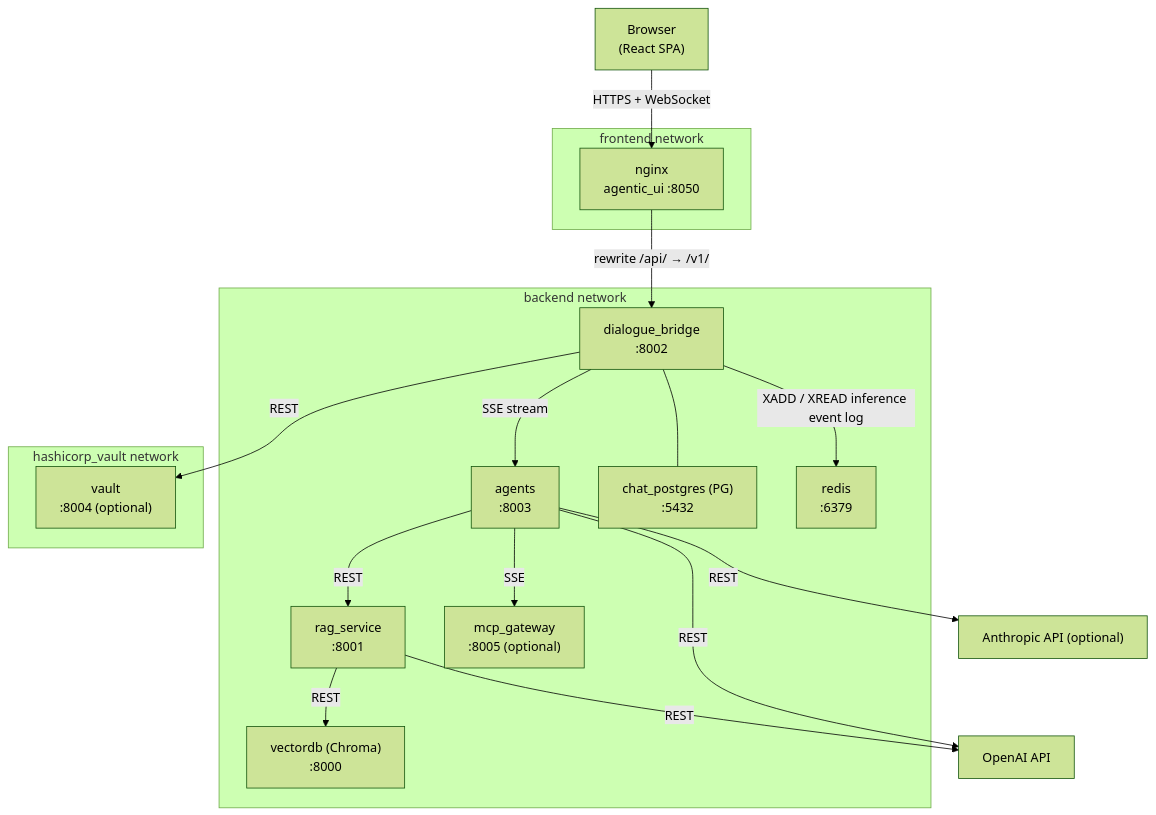
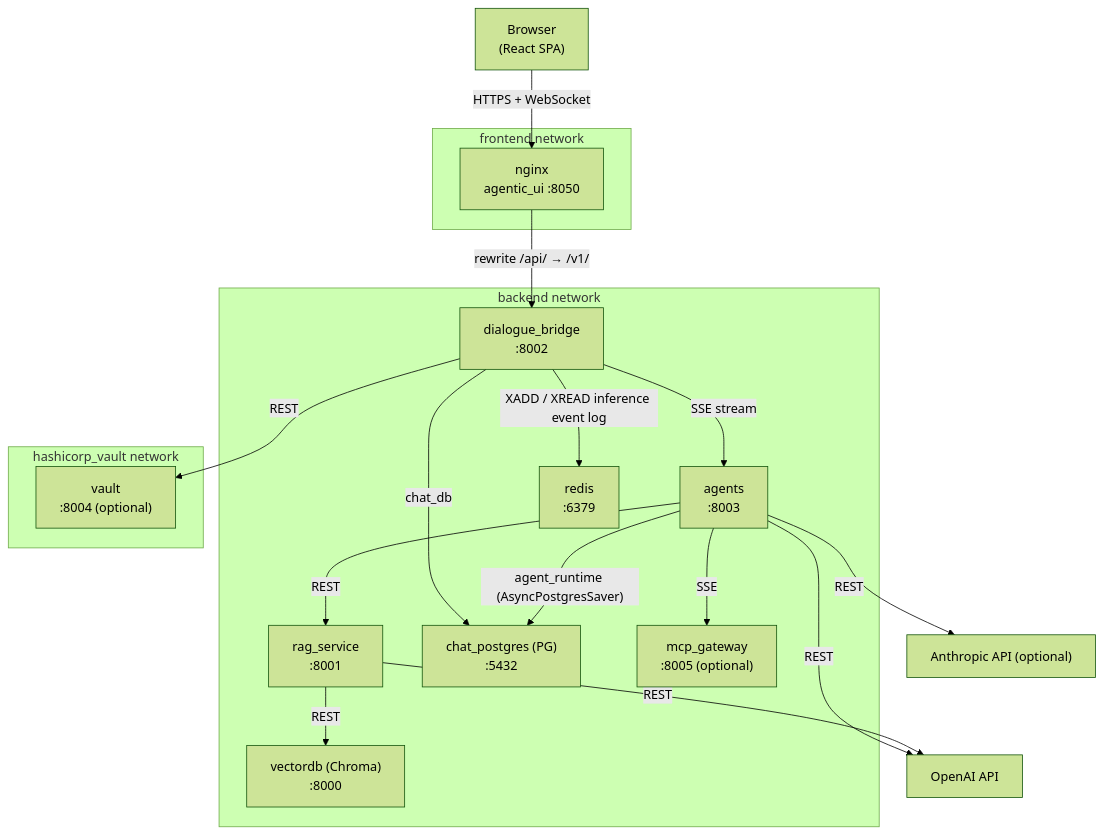
Before and after one commit to konstantinosmpouros/mAgenticX: the first of 3 diagrams in docs/architecture/overview.md, drawn with Mermaid (forest theme). The commit also changed other lines of this file and 39 other files, not shown here.

````diff
--- a/docs/architecture/overview.md
+++ b/docs/architecture/overview.md
@@ -27,37 +27,38 @@
 ```mermaid
 flowchart TB
     Browser["Browser\n(React SPA)"]
 
     subgraph frontend_net["frontend network"]
         nginx["nginx\nagentic_ui :8050"]
     end
 
     subgraph backend_net["backend network"]
         bridge["dialogue_bridge\n:8002"]
         agents["agents\n:8003"]
         rag["rag_service\n:8001"]
         chroma["vectordb (Chroma)\n:8000"]
         pg["chat_postgres (PG)\n:5432"]
         redis["redis\n:6379"]
         mcp["mcp_gateway\n:8005 (optional)"]
     end
 
     subgraph vault_net["hashicorp_vault network"]
         vault["vault\n:8004 (optional)"]
     end
 
     Browser -->|"HTTPS + WebSocket"| nginx
     nginx -->|"rewrite /api/ → /v1/"| bridge
     bridge -->|"SSE stream"| agents
     bridge -->|"REST"| vault
-    bridge --- pg
+    bridge -->|"chat_db"| pg
     bridge -->|"XADD / XREAD inference event log"| redis
 
+    agents -->|"agent_runtime (AsyncPostgresSaver)"| pg
     agents -->|"REST"| rag
     agents -->|"SSE"| mcp
     agents -->|"REST"| OpenAI["OpenAI API"]
     agents -->|"REST"| Anthropic["Anthropic API (optional)"]
 
     rag -->|"REST"| chroma
     rag -->|"REST"| OpenAI
 ```
````
